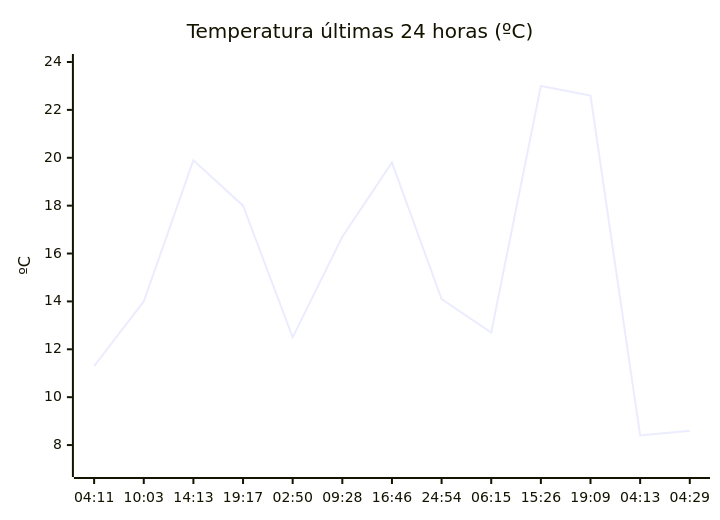
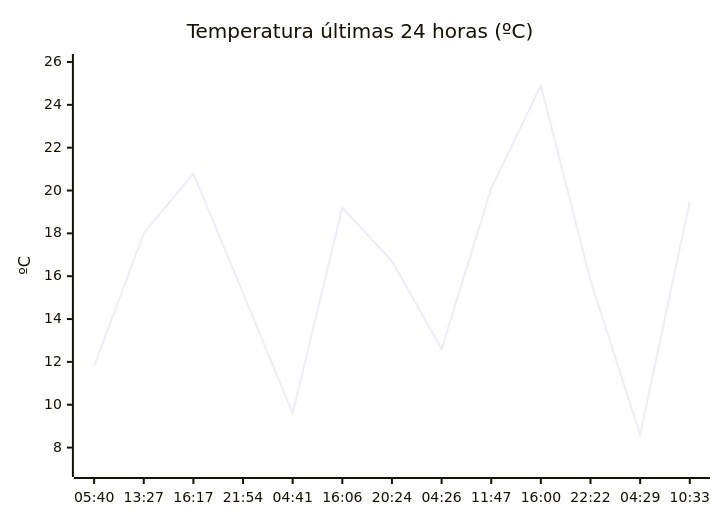
One commit to solidsnk86/rem-scrap changed the diagram in README.md. Above: the diagram before and after it, drawn with Mermaid. The commit also changed other lines of this file, not shown here.

````diff
--- a/README.md
+++ b/README.md
@@ -28,7 +32,7 @@
 ```mermaid
 xychart-beta
     title "Temperatura últimas 24 horas (ºC)"
-    x-axis ["04:11", "10:03", "14:13", "19:17", "02:50", "09:28", "16:46", "24:54", "06:15", "15:26", "19:09", "04:13", "04:29"]
-    y-axis "ºC" 7 --> 24
-    line [11.3, 14, 19.9, 18, 12.5, 16.7, 19.8, 14.1, 12.7, 23, 22.6, 8.4, 8.6]
+    x-axis ["05:40", "13:27", "16:17", "21:54", "04:41", "16:06", "20:24", "04:26", "11:47", "16:00", "22:22", "04:29", "10:33"]
+    y-axis "ºC" 7 --> 26
+    line [11.8, 18, 20.8, 15.2, 9.6, 19.2, 16.7, 12.6, 20.1, 24.9, 15.8, 8.6, 19.5]
 ```
````
